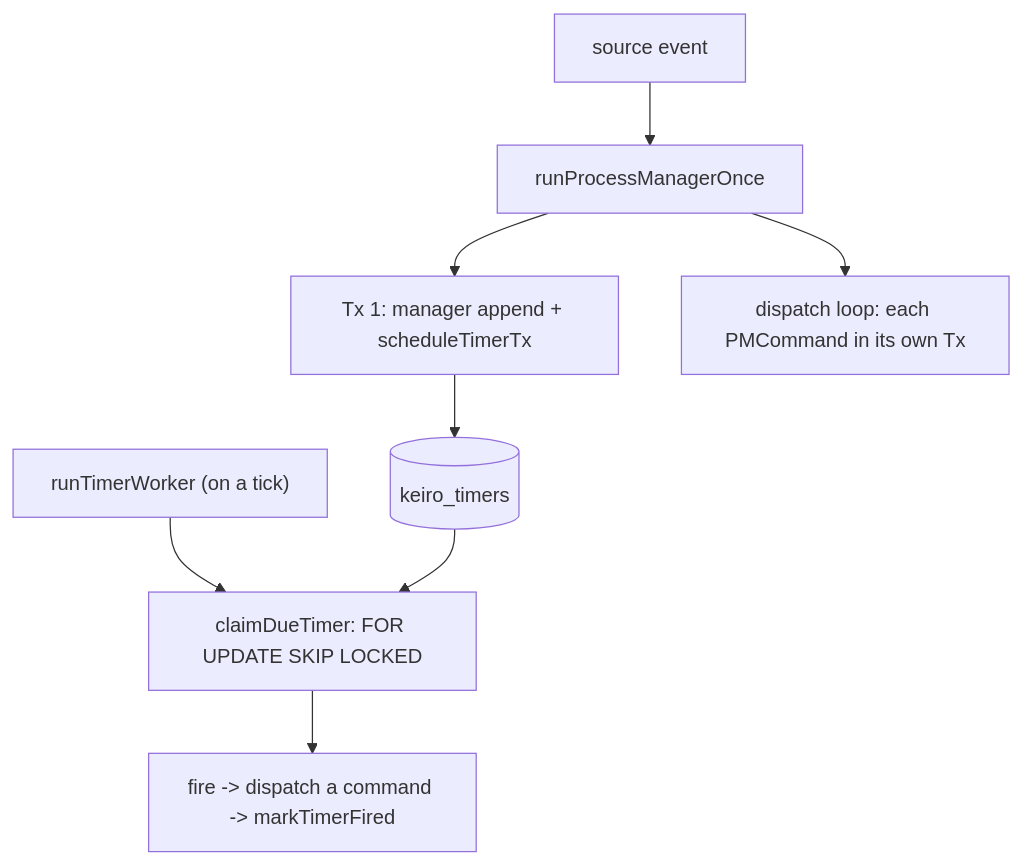
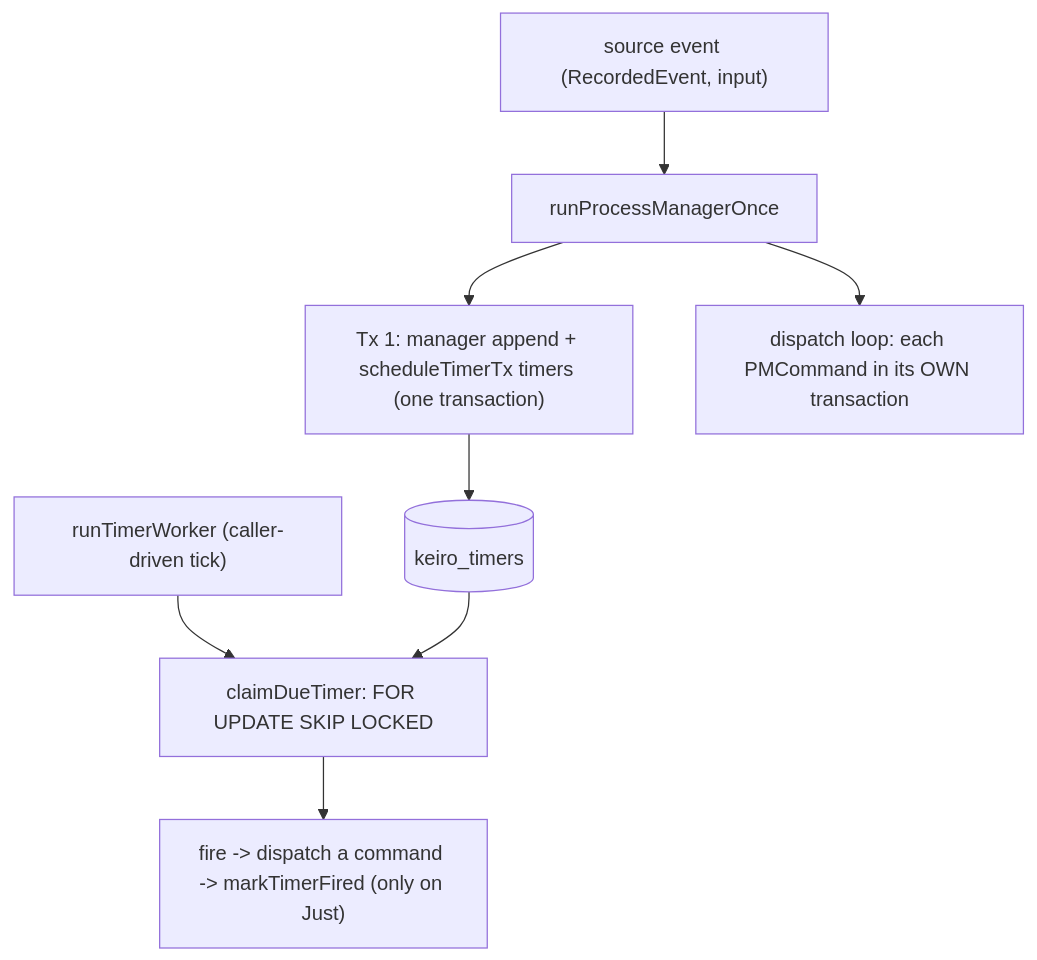
The diagram in content/docs/keiro/walkthrough/workflow/00-start-here.mdx (shinzui/keiro-runtime-docs), drawn with Mermaid before and after one commit. The commit also changed other lines of this file and 10 other files, not shown here.

````diff
--- a/content/docs/keiro/walkthrough/workflow/00-start-here.mdx
+++ b/content/docs/keiro/walkthrough/workflow/00-start-here.mdx
@@ -17,10 +46,10 @@
 ```mermaid
 flowchart TD
-  E["source event"] --> Once["runProcessManagerOnce"]
-  Once --> Tx1["Tx 1: manager append + scheduleTimerTx"]
-  Once --> Disp["dispatch loop: each PMCommand in its own Tx"]
+  E["source event (RecordedEvent, input)"] --> Once["runProcessManagerOnce"]
+  Once --> Tx1["Tx 1: manager append + scheduleTimerTx timers (one transaction)"]
+  Once --> Disp["dispatch loop: each PMCommand in its OWN transaction"]
   Tx1 --> Timers[("keiro_timers")]
-  Worker["runTimerWorker (on a tick)"] --> Claim["claimDueTimer: FOR UPDATE SKIP LOCKED"]
+  Worker["runTimerWorker (caller-driven tick)"] --> Claim["claimDueTimer: FOR UPDATE SKIP LOCKED"]
   Timers --> Claim
-  Claim --> Fire["fire -> dispatch a command -> markTimerFired"]
+  Claim --> Fire["fire -> dispatch a command -> markTimerFired (only on Just)"]
 ```
````
